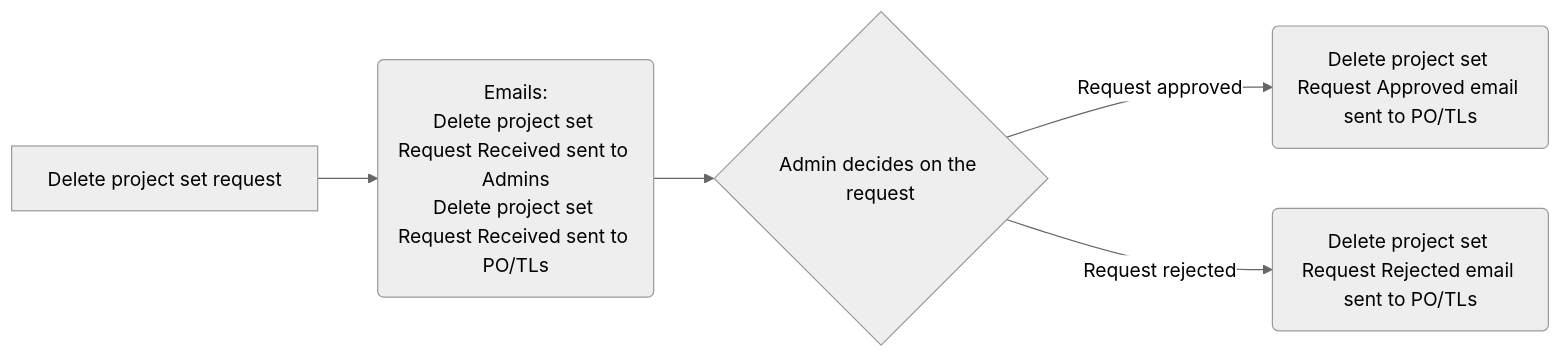
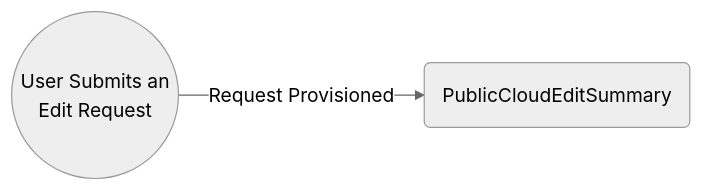
Before and after one commit to bcgov/platform-services-registry: the second of 3 diagrams in docs/email-scenarios-public-cloud.md, drawn with Mermaid (neutral theme). The commit also changed other lines of this file and 1 other file, not shown here.

Commit message:
chore: reformat email scenarios

````diff
--- a/docs/email-scenarios-public-cloud.md
+++ b/docs/email-scenarios-public-cloud.md
@@ -55,7 +54,5 @@
 ```mermaid
 flowchart LR
-    A[Delete project set request] --> B(Emails:<br>Delete project set Request Received sent to Admins<br>Delete project set Request Received sent to PO/TLs)
-    B --> C{Admin decides on the request}
-    C -->|Request approved| D(Delete project set Request Approved email sent to PO/TLs)
-    C -->|Request rejected| E(Delete project set Request Rejected email sent to PO/TLs)
+    A((User Submits an <br> Edit Request)) --> |Request Provisioned|B(Edit Request Received sent to PO/TLs)
+   B(PublicCloudEditSummary)
 ```
````
